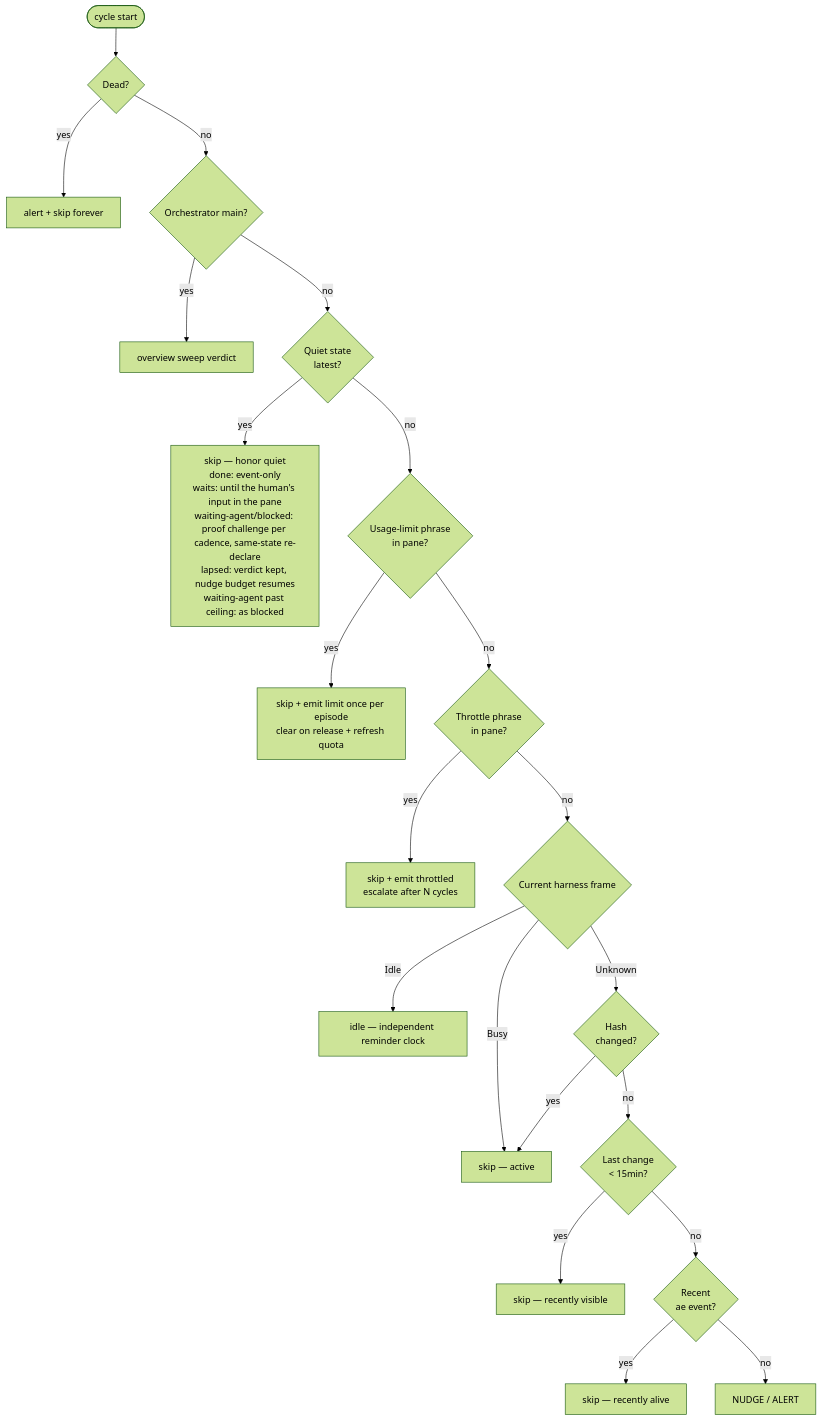
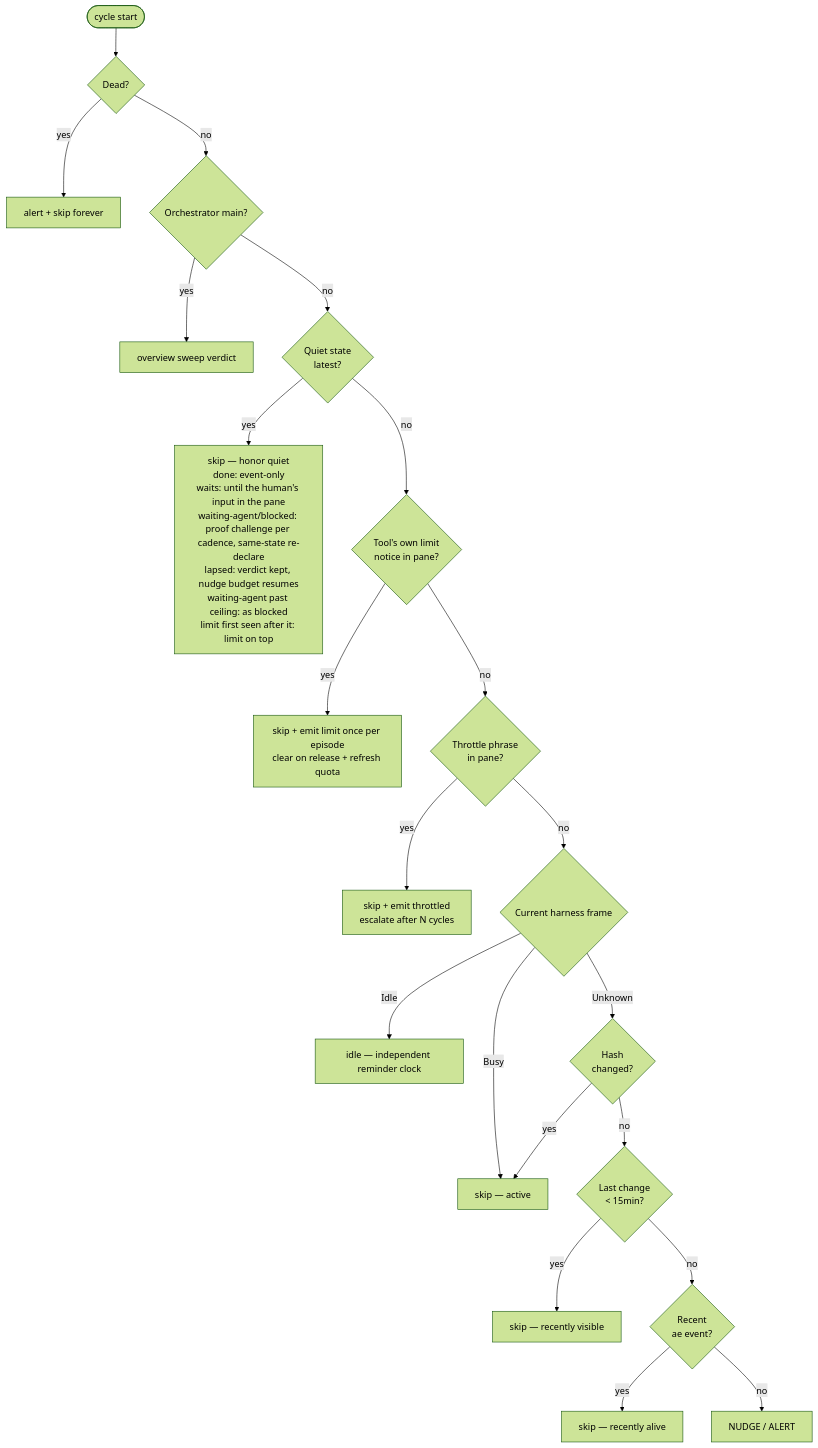
One commit to clemens33/ae changed the first of 2 diagrams in docs/internals/watchdog.md. Above: the diagram before and after it, drawn with Mermaid (forest theme). The commit also changed other lines of this file and 1 other file, not shown here.

Commit message:
Document where the usage limit is read and when it outranks a declaration

````diff
--- a/docs/internals/watchdog.md
+++ b/docs/internals/watchdog.md
@@ -297,23 +297,23 @@
 ```mermaid
 flowchart TD
     Start([cycle start]) --> Dead{Dead?}
     Dead -- yes --> AlertDead[alert + skip forever]
     Dead -- no --> Meta{Orchestrator main?}
     Meta -- yes --> Sweep[overview sweep verdict]
     Meta -- no --> Done{Quiet state<br/>latest?}
-    Done -- yes --> SkipDone[skip — honor quiet<br/>done: event-only<br/>waits: until the human's input in the pane<br/>waiting-agent/blocked: proof challenge per cadence, same-state re-declare<br/>lapsed: verdict kept, nudge budget resumes<br/>waiting-agent past ceiling: as blocked]
-    Done -- no --> Limit{Usage-limit phrase<br/>in pane?}
+    Done -- yes --> SkipDone[skip — honor quiet<br/>done: event-only<br/>waits: until the human's input in the pane<br/>waiting-agent/blocked: proof challenge per cadence, same-state re-declare<br/>lapsed: verdict kept, nudge budget resumes<br/>waiting-agent past ceiling: as blocked<br/>limit first seen after it: limit on top]
+    Done -- no --> Limit{Tool's own limit<br/>notice in pane?}
     Limit -- yes --> SkipLimit[skip + emit limit once per episode<br/>clear on release + refresh quota]
     Limit -- no --> Throttled{Throttle phrase<br/>in pane?}
     Throttled -- yes --> SkipThrottle[skip + emit throttled<br/>escalate after N cycles]
     Throttled -- no --> Frame{Current harness frame}
     Frame -- Busy --> MarkActive[working — clear stale alert]
     Frame -- Idle --> MarkIdle[idle — independent reminder clock]
     Frame -- Unknown --> Active{Hash<br/>changed?}
     Active -- yes --> MarkActive[skip — active]
     Active -- no --> RecentVis{Last change<br/>&lt; 15min?}
     RecentVis -- yes --> SkipVis[skip — recently visible]
     RecentVis -- no --> RecentAlive{Recent<br/>ae event?}
     RecentAlive -- yes --> SkipAlive[skip — recently alive]
     RecentAlive -- no --> Stale[NUDGE / ALERT]
 ```
````
